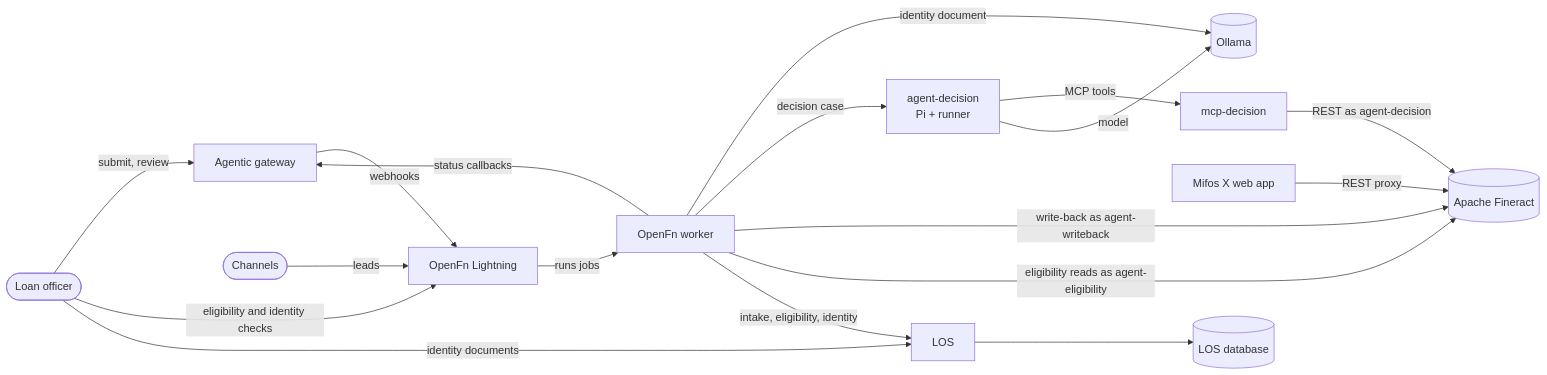
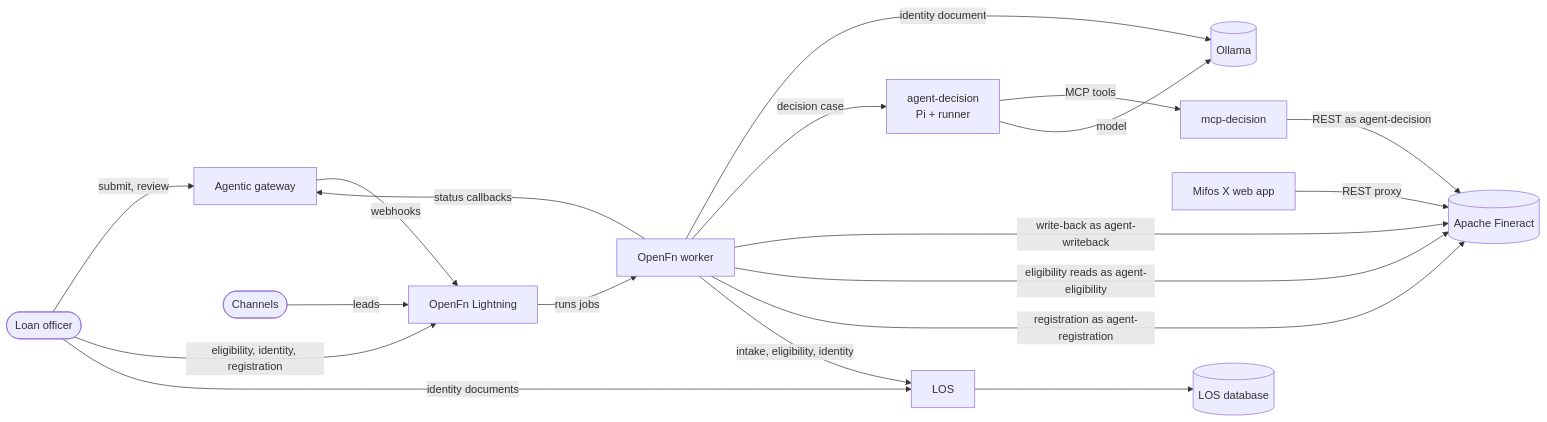
One commit to openMF/mcp-mifosx changed the first of 2 diagrams in agentic-mifos-sandbox/README.md. Above: the diagram before and after it, drawn with Mermaid. The commit also changed other lines of this file and 13 other files, not shown here.

````diff
--- a/agentic-mifos-sandbox/README.md
+++ b/agentic-mifos-sandbox/README.md
@@ -62,20 +62,21 @@
 ```mermaid
 flowchart LR
   officer([Loan officer]) -->|submit, review| gateway[Agentic gateway]
   gateway -->|webhooks| lightning[OpenFn Lightning]
   lightning -->|runs jobs| worker[OpenFn worker]
   worker -->|status callbacks| gateway
   worker -->|identity document| ollama[(Ollama)]
   worker -->|decision case| agent[agent-decision<br/>Pi + runner]
   agent -->|MCP tools| mcp[mcp-decision]
   agent -->|model| ollama
   mcp -->|REST as agent-decision| fineract[(Apache Fineract)]
   worker -->|write-back as agent-writeback| fineract
   worker -->|eligibility reads as agent-eligibility| fineract
+  worker -->|registration as agent-registration| fineract
   webapp[Mifos X web app] -->|REST proxy| fineract
   channel([Channels]) -->|leads| lightning
-  officer -->|eligibility and identity checks| lightning
+  officer -->|eligibility, identity, registration| lightning
   officer -->|identity documents| los[LOS]
   worker -->|intake, eligibility, identity| los
   los --> losdb[(LOS database)]
 ```
````
